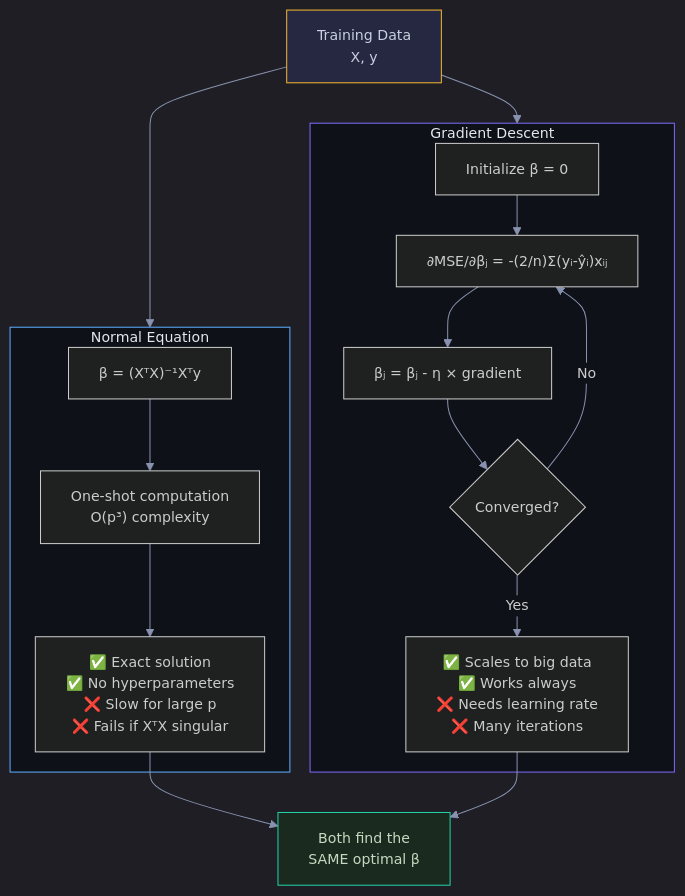
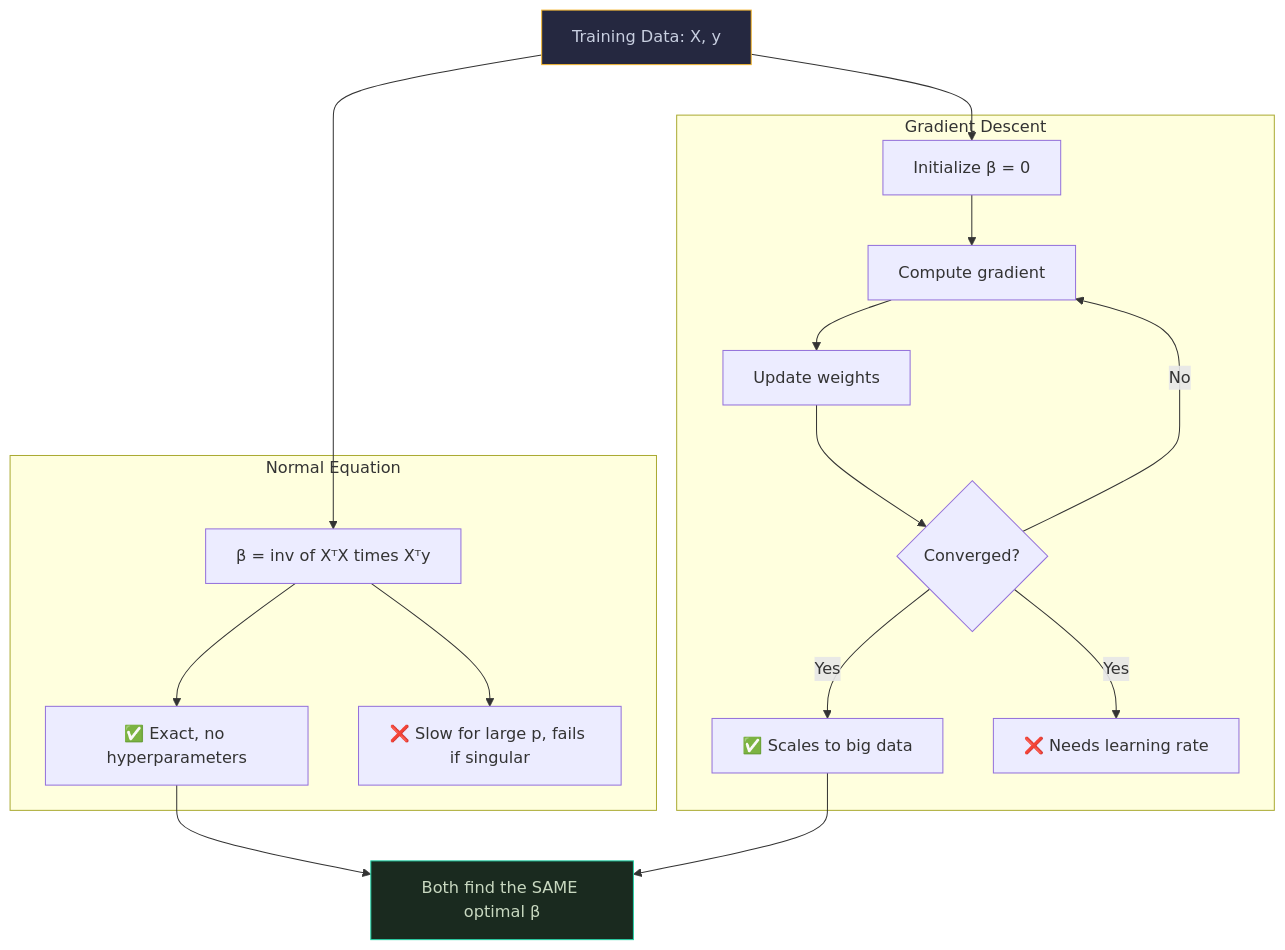
Before and after one commit to snehith1234/StudyCircle: the third of 8 diagrams in Documents/Visual_Guides/ML_Concepts/Linear_Regression_Visual.md, drawn with Mermaid. The commit also changed other lines of this file and 8 other files, not shown here.

Commit message:
Add NN animations, XGBoost section, multicollinearity/autocorrelation, stats explanations, fix mermaid visuals, exploding gradient deep dive

````diff
--- a/Documents/Visual_Guides/ML_Concepts/Linear_Regression_Visual.md
+++ b/Documents/Visual_Guides/ML_Concepts/Linear_Regression_Visual.md
@@ -123,26 +80,19 @@
 ```mermaid
-%%{init: {'theme': 'dark', 'themeVariables': {'darkMode': true, 'background': '#0e1117', 'primaryColor': '#1a1d2e', 'primaryTextColor': '#e2e8f0', 'primaryBorderColor': '#2d3148', 'lineColor': '#8892b0', 'secondaryColor': '#252840', 'tertiaryColor': '#1a1d2e', 'fontSize': '14px', 'edgeLabelBackground': '#0e1117'}, 'flowchart': {'nodeSpacing': 30, 'rankSpacing': 40, 'padding': 15, 'htmlLabels': true}}}%%
 graph TD
-    DATA["Training Data<br/>X, y"] --> NE & GD
-
+    DATA["Training Data: X, y"] --> NE_FORMULA
+    DATA --> GD_INIT
     subgraph NE["Normal Equation"]
-        NE1["β = (XᵀX)⁻¹Xᵀy"] --> NE2["One-shot computation<br/>O(p³) complexity"]
-        NE2 --> NE3["✅ Exact solution<br/>✅ No hyperparameters<br/>❌ Slow for large p<br/>❌ Fails if XᵀX singular"]
+        NE_FORMULA["β = inv of XᵀX times Xᵀy"] --> NE_PRO["✅ Exact, no hyperparameters"]
+        NE_FORMULA --> NE_CON["❌ Slow for large p, fails if singular"]
     end
-
     subgraph GD["Gradient Descent"]
-        GD1["Initialize β = 0"] --> GD2["∂MSE/∂βⱼ = -(2/n)Σ(yᵢ-ŷᵢ)xᵢⱼ"]
-        GD2 --> GD3["βⱼ = βⱼ - η × gradient"]
-        GD3 --> GD4{"Converged?"}
-        GD4 -->|No| GD2
-        GD4 -->|Yes| GD5["✅ Scales to big data<br/>✅ Works always<br/>❌ Needs learning rate<br/>❌ Many iterations"]
+        GD_INIT["Initialize β = 0"] --> GD_GRAD["Compute gradient"] --> GD_UPDATE["Update weights"] --> GD_CHECK{"Converged?"}
+        GD_CHECK -->|No| GD_GRAD
+        GD_CHECK -->|Yes| GD_PRO["✅ Scales to big data"]
+        GD_CHECK -->|Yes| GD_CON["❌ Needs learning rate"]
     end
-
-    NE3 --> SAME["Both find the<br/>SAME optimal β"]
-    GD5 --> SAME
-
+    NE_PRO --> SAME["Both find the SAME optimal β"]
+    GD_PRO --> SAME
     style DATA fill:#252840,stroke:#f5b731,color:#c8cfe0
-    style NE fill:#0e1117,stroke:#5eaeff,color:#e2e8f0
-    style GD fill:#0e1117,stroke:#7c6aff,color:#e2e8f0
     style SAME fill:#1a2a1f,stroke:#22d3a7,color:#c8d8c0
 ```
````
